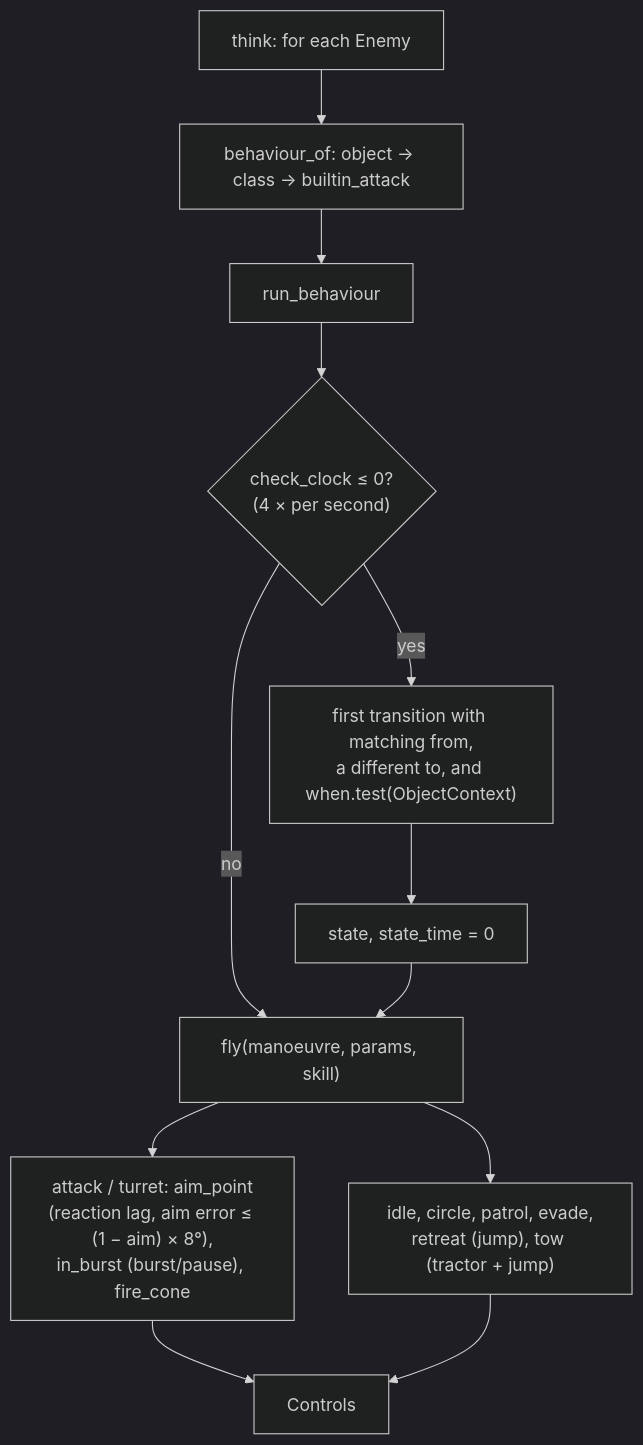
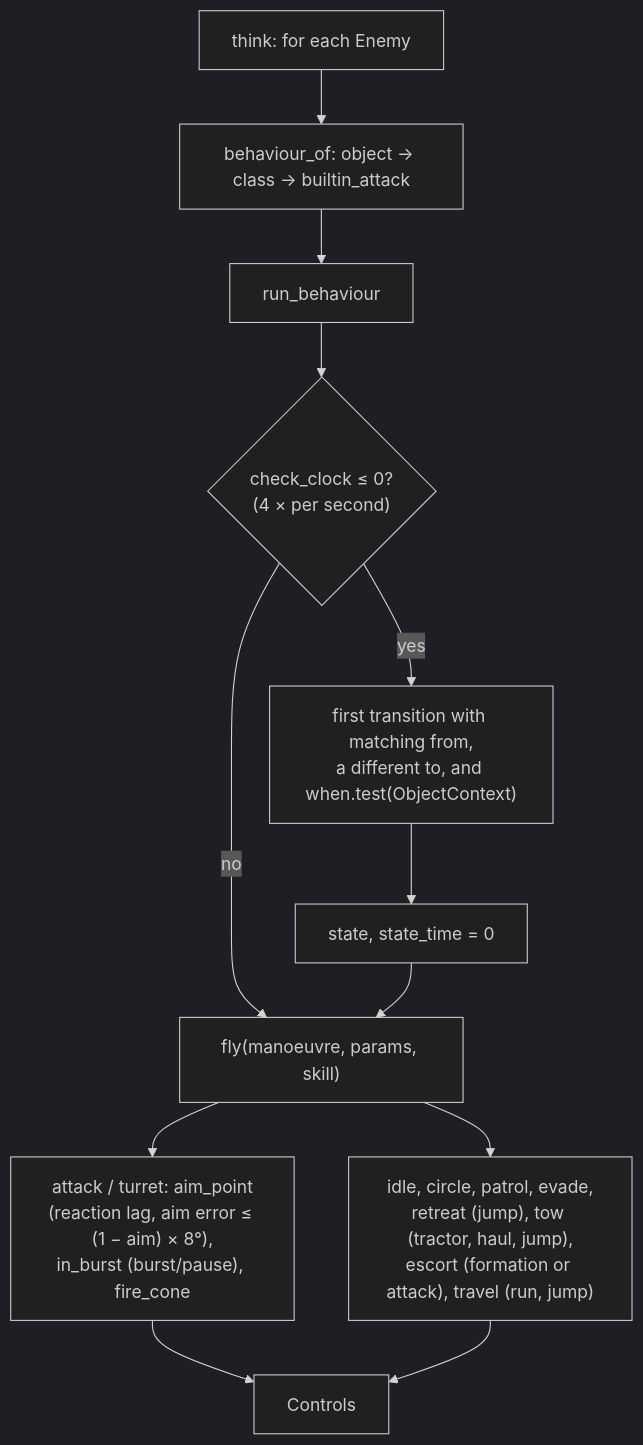
Before and after one commit to bbogovich/OpenInterceptor: the sixth of 6 diagrams in docs/implementation/architecture/sim.md, drawn with Mermaid (dark theme). The commit also changed other lines of this file and 39 other files, not shown here.

````diff
--- a/docs/implementation/architecture/sim.md
+++ b/docs/implementation/architecture/sim.md
@@ -339,14 +360,14 @@
 ```mermaid
 flowchart TD
     T["think: for each Enemy"] --> B["behaviour_of: object → class → builtin_attack"]
     B --> RB["run_behaviour"]
     RB --> CK{"check_clock ≤ 0?<br/>(4 × per second)"}
     CK -->|yes| TR["first transition with matching from,<br/>a different to, and when.test(ObjectContext)"]
     TR --> ST["state, state_time = 0"]
     CK -->|no| FL
     ST --> FL["fly(manoeuvre, params, skill)"]
     FL --> AT["attack / turret: aim_point<br/>(reaction lag, aim error ≤ (1 − aim) × 8°),<br/>in_burst (burst/pause), fire_cone"]
-    FL --> OT["idle, circle, patrol, evade,<br/>retreat (jump), tow (tractor + jump)"]
+    FL --> OT["idle, circle, patrol, evade,<br/>retreat (jump), tow (tractor, haul, jump),<br/>escort (formation or attack), travel (run, jump)"]
     AT --> C["Controls"]
     OT --> C
 ```
````
